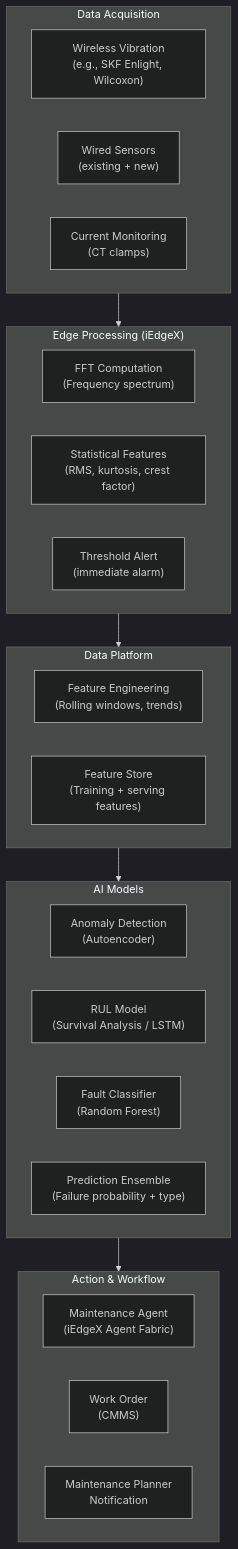
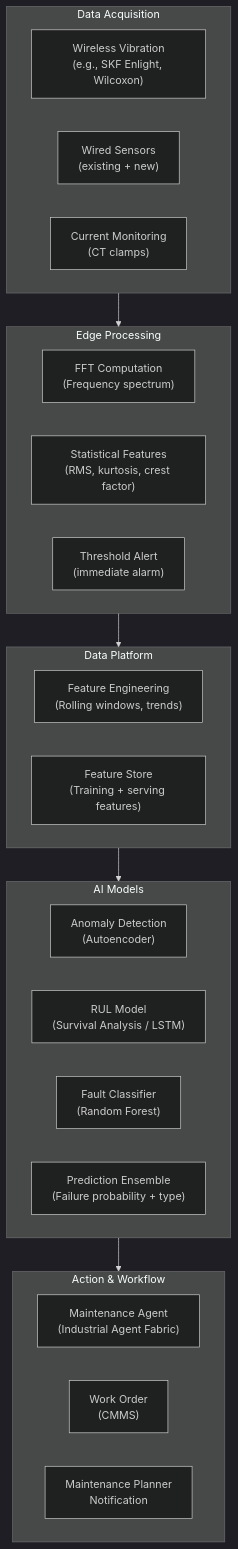
One commit to dakhasuresh/Industrial-AI-Data-Backbone changed the second of 4 diagrams in Industrial-AI-Data-Backbone/examples/manufacturing-use-cases.md. Above: the diagram before and after it, drawn with Mermaid (dark theme). The commit also changed 8 other files, not shown here.

Commit message:
Remove all iEdgeX references — replace with generic architecture terminology

````diff
--- a/Industrial-AI-Data-Backbone/examples/manufacturing-use-cases.md
+++ b/Industrial-AI-Data-Backbone/examples/manufacturing-use-cases.md
@@ -54,34 +54,34 @@
 ```mermaid
 graph TB
     subgraph SENSING["Data Acquisition"]
         WIRELESS["Wireless Vibration\n(e.g., SKF Enlight, Wilcoxon)"]
         WIRED["Wired Sensors\n(existing + new)"]
         CURRENT_MON["Current Monitoring\n(CT clamps)"]
     end
 
-    subgraph EDGE["Edge Processing (iEdgeX)"]
+    subgraph EDGE["Edge Processing"]
         FFT["FFT Computation\n(Frequency spectrum)"]
         STATS["Statistical Features\n(RMS, kurtosis, crest factor)"]
         THRESHOLD["Threshold Alert\n(immediate alarm)"]
     end
 
     subgraph PLATFORM["Data Platform"]
         FEAT_ENG["Feature Engineering\n(Rolling windows, trends)"]
         FEAT_STORE["Feature Store\n(Training + serving features)"]
     end
 
     subgraph AI["AI Models"]
         ANOMALY_DET["Anomaly Detection\n(Autoencoder)"]
         RUL_MODEL["RUL Model\n(Survival Analysis / LSTM)"]
         FAULT_CLASS["Fault Classifier\n(Random Forest)"]
         ENSEMBLE["Prediction Ensemble\n(Failure probability + type)"]
     end
 
     subgraph ACTION["Action & Workflow"]
-        MAINT_AGENT["Maintenance Agent\n(iEdgeX Agent Fabric)"]
+        MAINT_AGENT["Maintenance Agent\n(Industrial Agent Fabric)"]
         CMMS_WO["Work Order\n(CMMS)"]
         PLANNER["Maintenance Planner\nNotification"]
     end
 
     SENSING --> EDGE --> PLATFORM --> AI --> ACTION
 ```
````
